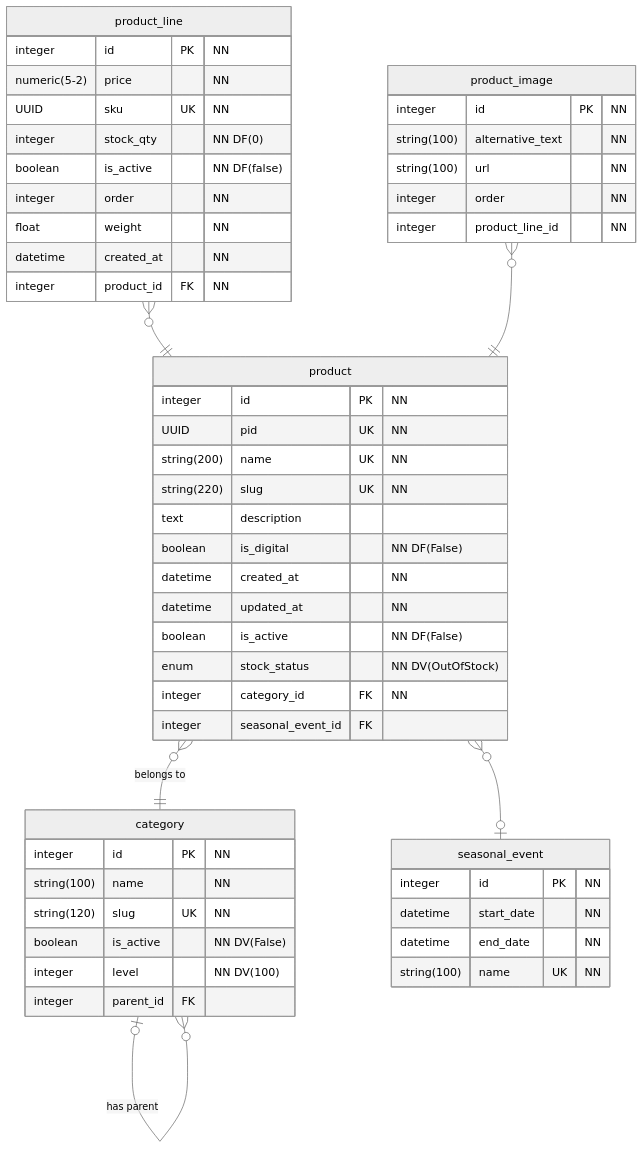
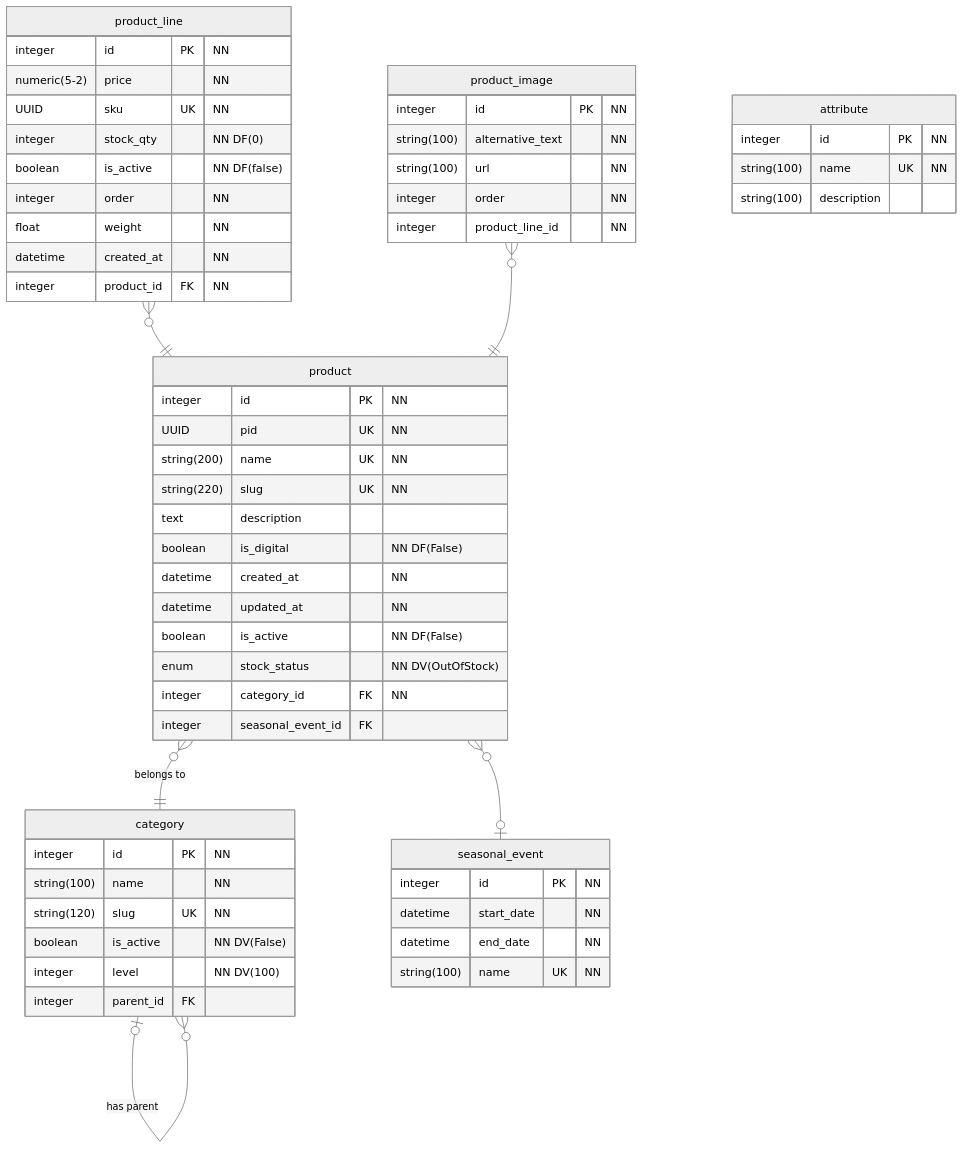
The diagram in README.md (BrunoSoaresEngineering/fastAPI-learning-project), drawn with Mermaid (neutral theme) before and after one commit. The commit also changed 2 other files, not shown here.

Commit message:
feat: add "attribute" table

````diff
--- a/README.md
+++ b/README.md
@@ -3,60 +3,66 @@
 ```mermaid
 erDiagram
     category {
       integer id PK "NN"
       string(100) name "NN"
       string(120) slug UK "NN"
       boolean is_active "NN DV(False)"
       integer level "NN DV(100)"
       integer parent_id FK
     }
 
     product {
       integer id PK "NN"
       UUID pid UK "NN"
       string(200) name UK "NN"
       string(220) slug UK "NN"
       text description
       boolean is_digital "NN DF(False)"
       datetime created_at "NN"
       datetime updated_at "NN"
       boolean is_active "NN DF(False)"
       enum stock_status "NN DV(OutOfStock)"
       integer category_id FK "NN"
       integer seasonal_event_id FK
     }
 
     product_line {
       integer id PK "NN"
       numeric(5-2) price "NN"
       UUID sku UK "NN"
       integer stock_qty "NN DF(0)"
       boolean is_active "NN DF(false)"
       integer order "NN"
       float weight "NN"
       datetime created_at "NN"
       integer product_id FK "NN"
     }
 
     product_image {
       integer id PK "NN"
       string(100) alternative_text "NN"
       string(100) url "NN"
       integer order "NN"
       integer product_line_id "NN"
     }
 
     seasonal_event {
       integer id PK "NN"
       datetime start_date "NN"
       datetime end_date "NN"
       string(100) name UK "NN"
     }
 
+    attribute {
+      integer id PK "NN"
+      string(100) name UK "NN"
+      string(100) description
+    }
+
     category |o--o{ category : "has parent"
     product }o--|| category: "belongs to"
     product }o--o| seasonal_event: ""
     product_line }o--|| product: ""
     product_image }o--|| product: ""
 
 ```
````
